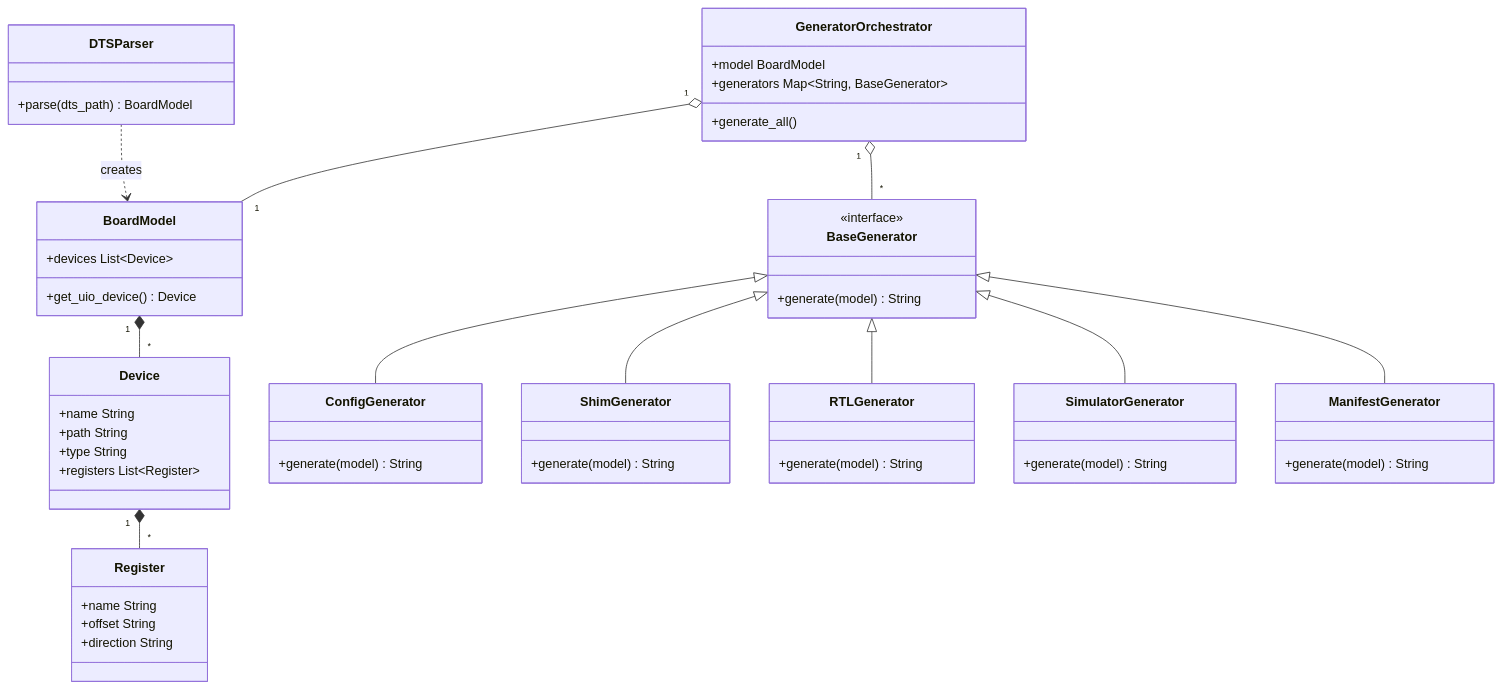
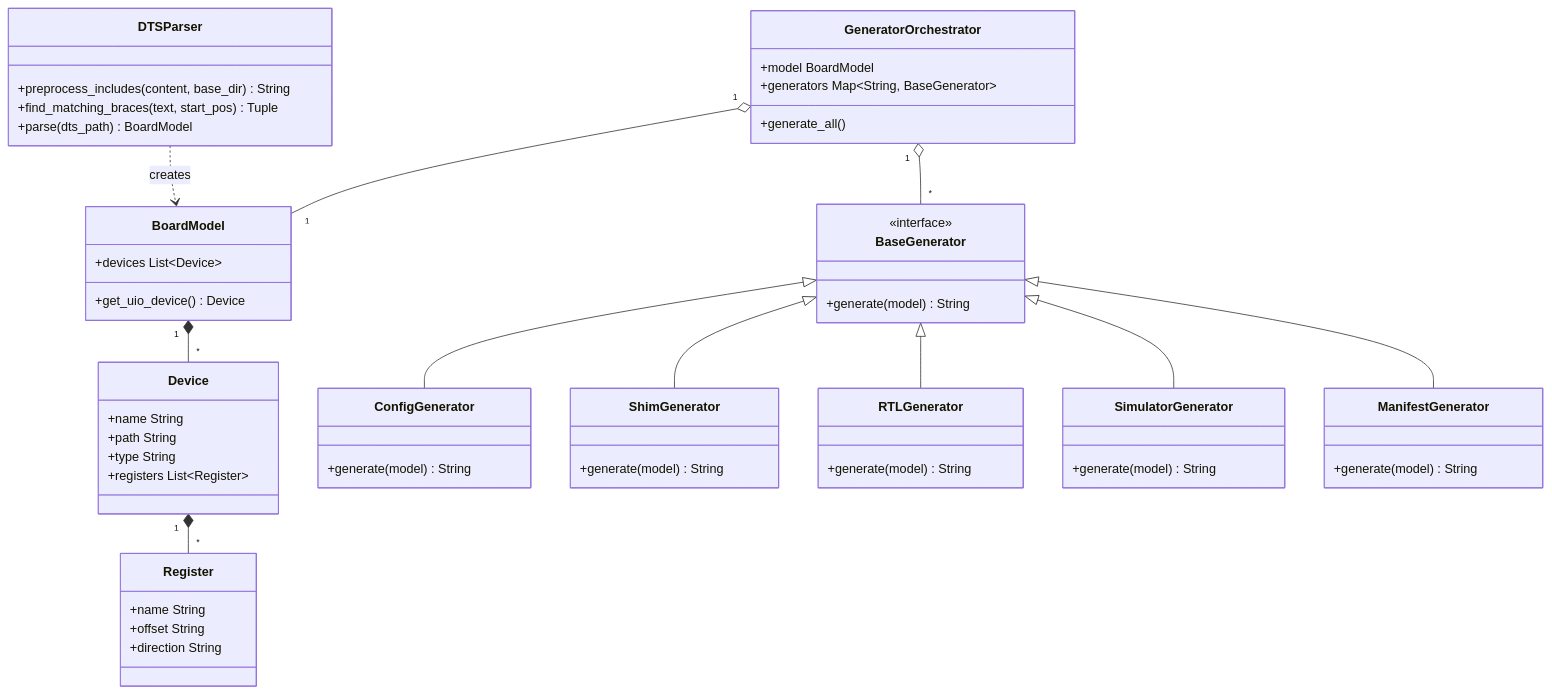
One commit to sirosiro/FPGA-BoardlessBench changed the diagram in scripts/ARCHITECTURE_MANIFEST.md. Above: the diagram before and after it, drawn with Mermaid. The commit also changed other lines of this file and 23 other files, not shown here.

````diff
--- a/scripts/ARCHITECTURE_MANIFEST.md
+++ b/scripts/ARCHITECTURE_MANIFEST.md
@@ -45,56 +48,58 @@
 ```mermaid
 classDiagram
     class DTSParser {
+        +preprocess_includes(content, base_dir) String
+        +find_matching_braces(text, start_pos) Tuple
         +parse(dts_path) BoardModel
     }
     class BoardModel {
         +devices List~Device~
         +get_uio_device() Device
     }
     class Device {
         +name String
         +path String
         +type String
         +registers List~Register~
     }
     class Register {
         +name String
         +offset String
         +direction String
     }
     class GeneratorOrchestrator {
         +model BoardModel
         +generators Map~String, BaseGenerator~
         +generate_all()
     }
     class BaseGenerator {
         <<interface>>
         +generate(model) String
     }
     class ConfigGenerator {
         +generate(model) String
     }
     class ShimGenerator {
         +generate(model) String
     }
     class RTLGenerator {
         +generate(model) String
     }
     class SimulatorGenerator {
         +generate(model) String
     }
     class ManifestGenerator {
         +generate(model) String
     }
 
     DTSParser ..> BoardModel : creates
     BoardModel "1" *-- "*" Device
     Device "1" *-- "*" Register
     GeneratorOrchestrator "1" o-- "1" BoardModel
     GeneratorOrchestrator "1" o-- "*" BaseGenerator
     BaseGenerator <|-- ConfigGenerator
     BaseGenerator <|-- ShimGenerator
     BaseGenerator <|-- RTLGenerator
     BaseGenerator <|-- SimulatorGenerator
     BaseGenerator <|-- ManifestGenerator
 ```
````
